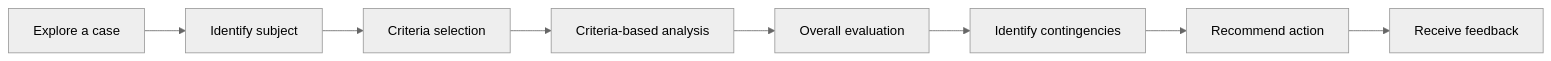
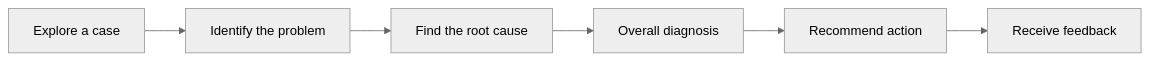
The diagram in experiences/cases/ProblemDiagnosisCase.md (Standards-and-Practices/Structured-Rapid-Development), drawn with Mermaid (neutral theme) before and after one commit. The commit also changed other lines of this file and 9 other files, not shown here.

````diff
--- a/experiences/cases/ProblemDiagnosisCase.md
+++ b/experiences/cases/ProblemDiagnosisCase.md
@@ -12,10 +12,8 @@
 ```mermaid
   flowchart LR;
-      A[Explore a case]-->B[Identify subject];
-      B[Identify subject]-->C[Criteria selection];
-      C[Criteria selection]-->D[Criteria-based analysis];
-      D[Criteria-based analysis]-->E[Overall evaluation];
-      E[Overall evaluation]-->F[Identify contingencies];
-      F[Identify contingencies]-->G[Recommend action];
-      G[Recommend action]-->H[Receive feedback];
+      A[Explore a case]-->B[Identify the problem];
+      B[Identify the problem]-->C[Find the root cause];
+      C[Find the root cause]-->D[Overall diagnosis];
+      D[Overall diagnosis]-->E[Recommend action];
+      E[Recommend action]-->F[Receive feedback];
 ```
````
